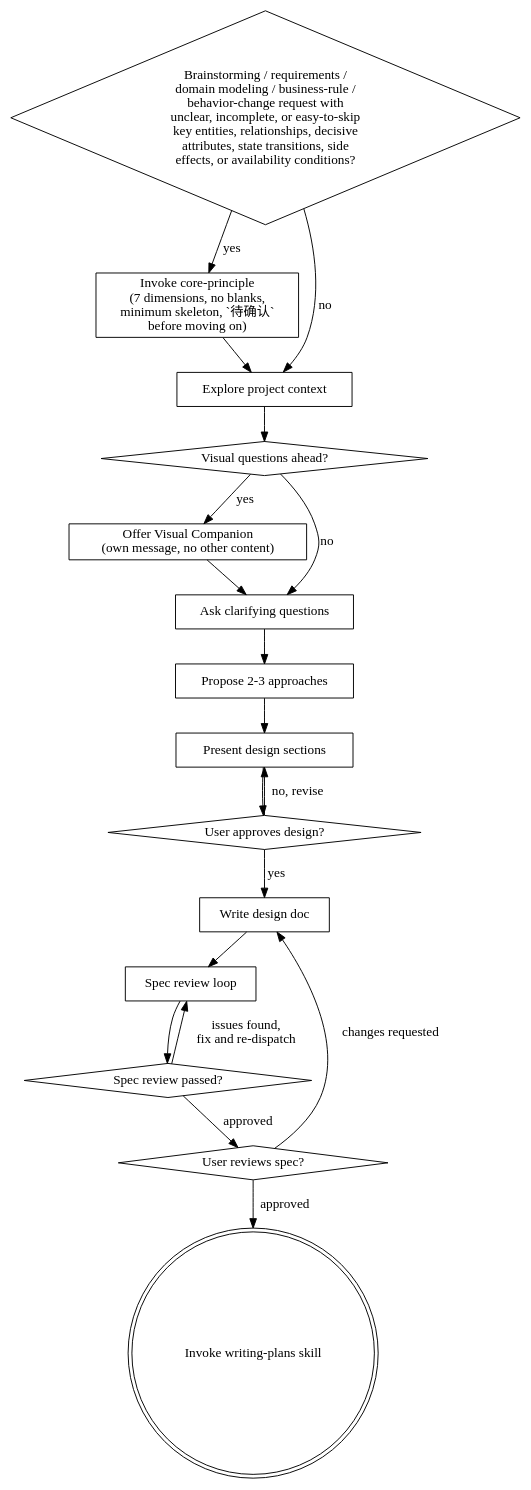
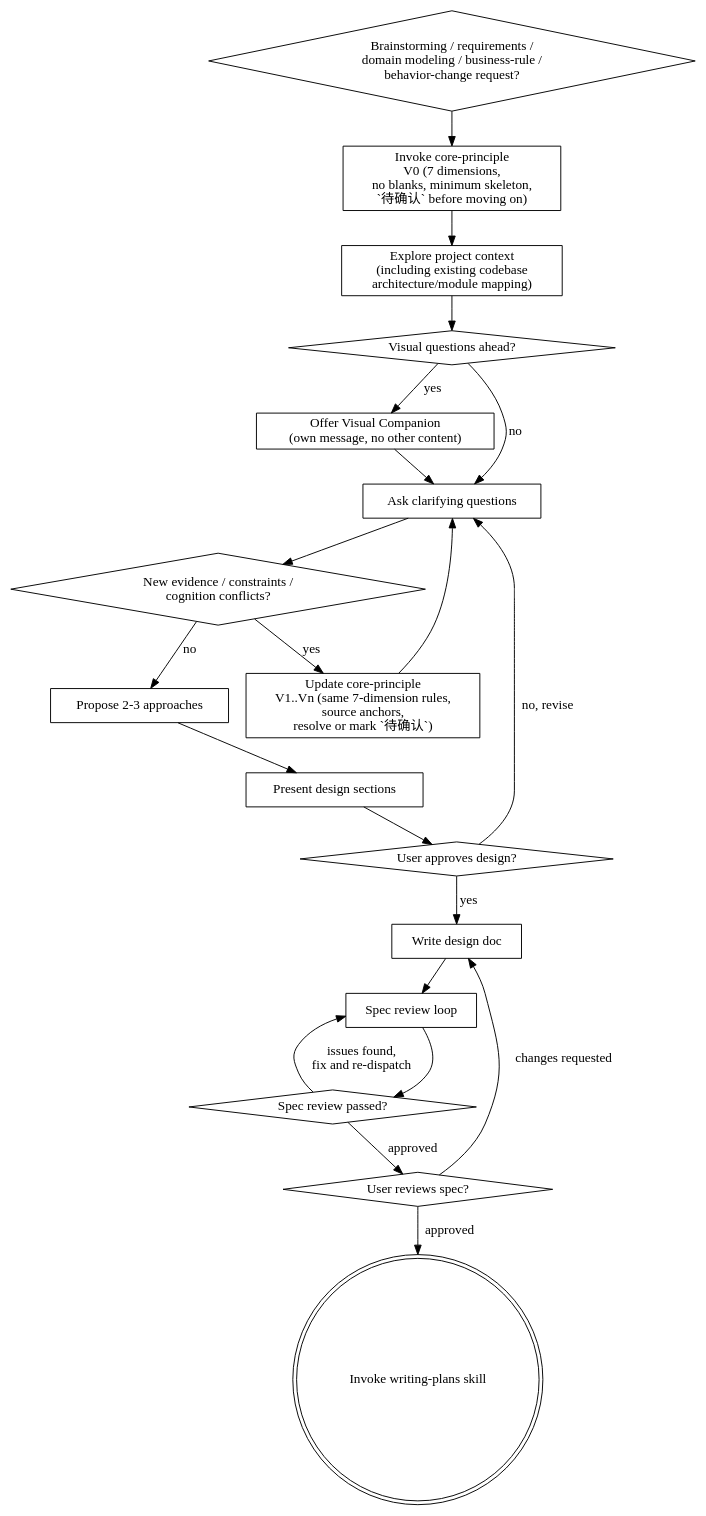
Before and after one commit to metanet4jDev/superpowers-core-principle: the diagram in skills/brainstorming/SKILL.md, drawn with Graphviz. The commit also changed other lines of this file and 1 other file, not shown here.

Commit message:
docs(skills): make core-principle continuous across brainstorming

````diff
--- a/skills/brainstorming/SKILL.md
+++ b/skills/brainstorming/SKILL.md
@@ -39,37 +39,41 @@
 ```dot
 digraph brainstorming {
-    "Brainstorming / requirements /\ndomain modeling / business-rule /\nbehavior-change request with\nunclear, incomplete, or easy-to-skip\nkey entities, relationships, decisive\nattributes, state transitions, side\neffects, or availability conditions?" [shape=diamond];
-    "Invoke core-principle\n(7 dimensions, no blanks,\nminimum skeleton, `待确认`\nbefore moving on)" [shape=box];
-    "Explore project context" [shape=box];
+    "Brainstorming / requirements /\ndomain modeling / business-rule /\nbehavior-change request?" [shape=diamond];
+    "Invoke core-principle\nV0 (7 dimensions,\nno blanks, minimum skeleton,\n`待确认` before moving on)" [shape=box];
+    "Explore project context\n(including existing codebase\narchitecture/module mapping)" [shape=box];
     "Visual questions ahead?" [shape=diamond];
     "Offer Visual Companion\n(own message, no other content)" [shape=box];
     "Ask clarifying questions" [shape=box];
+    "New evidence / constraints /\ncognition conflicts?" [shape=diamond];
+    "Update core-principle\nV1..Vn (same 7-dimension rules,\nsource anchors,\nresolve or mark `待确认`)" [shape=box];
     "Propose 2-3 approaches" [shape=box];
     "Present design sections" [shape=box];
     "User approves design?" [shape=diamond];
     "Write design doc" [shape=box];
     "Spec review loop" [shape=box];
     "Spec review passed?" [shape=diamond];
     "User reviews spec?" [shape=diamond];
     "Invoke writing-plans skill" [shape=doublecircle];
 
-    "Brainstorming / requirements /\ndomain modeling / business-rule /\nbehavior-change request with\nunclear, incomplete, or easy-to-skip\nkey entities, relationships, decisive\nattributes, state transitions, side\neffects, or availability conditions?" -> "Invoke core-principle\n(7 dimensions, no blanks,\nminimum skeleton, `待确认`\nbefore moving on)" [label="yes"];
-    "Brainstorming / requirements /\ndomain modeling / business-rule /\nbehavior-change request with\nunclear, incomplete, or easy-to-skip\nkey entities, relationships, decisive\nattributes, state transitions, side\neffects, or availability conditions?" -> "Explore project context" [label="no"];
-    "Invoke core-principle\n(7 dimensions, no blanks,\nminimum skeleton, `待确认`\nbefore moving on)" -> "Explore project context";
-    "Explore project context" -> "Visual questions ahead?";
+    "Brainstorming / requirements /\ndomain modeling / business-rule /\nbehavior-change request?" -> "Invoke core-principle\nV0 (7 dimensions,\nno blanks, minimum skeleton,\n`待确认` before moving on)";
+    "Invoke core-principle\nV0 (7 dimensions,\nno blanks, minimum skeleton,\n`待确认` before moving on)" -> "Explore project context\n(including existing codebase\narchitecture/module mapping)";
+    "Explore project context\n(including existing codebase\narchitecture/module mapping)" -> "Visual questions ahead?";
     "Visual questions ahead?" -> "Offer Visual Companion\n(own message, no other content)" [label="yes"];
     "Visual questions ahead?" -> "Ask clarifying questions" [label="no"];
     "Offer Visual Companion\n(own message, no other content)" -> "Ask clarifying questions";
-    "Ask clarifying questions" -> "Propose 2-3 approaches";
+    "Ask clarifying questions" -> "New evidence / constraints /\ncognition conflicts?";
+    "New evidence / constraints /\ncognition conflicts?" -> "Update core-principle\nV1..Vn (same 7-dimension rules,\nsource anchors,\nresolve or mark `待确认`)" [label="yes"];
+    "Update core-principle\nV1..Vn (same 7-dimension rules,\nsource anchors,\nresolve or mark `待确认`)" -> "Ask clarifying questions";
+    "New evidence / constraints /\ncognition conflicts?" -> "Propose 2-3 approaches" [label="no"];
     "Propose 2-3 approaches" -> "Present design sections";
     "Present design sections" -> "User approves design?";
-    "User approves design?" -> "Present design sections" [label="no, revise"];
+    "User approves design?" -> "Ask clarifying questions" [label="no, revise"];
     "User approves design?" -> "Write design doc" [label="yes"];
     "Write design doc" -> "Spec review loop";
     "Spec review loop" -> "Spec review passed?";
     "Spec review passed?" -> "Spec review loop" [label="issues found,\nfix and re-dispatch"];
     "Spec review passed?" -> "User reviews spec?" [label="approved"];
     "User reviews spec?" -> "Write design doc" [label="changes requested"];
     "User reviews spec?" -> "Invoke writing-plans skill" [label="approved"];
 }
 ```
````
